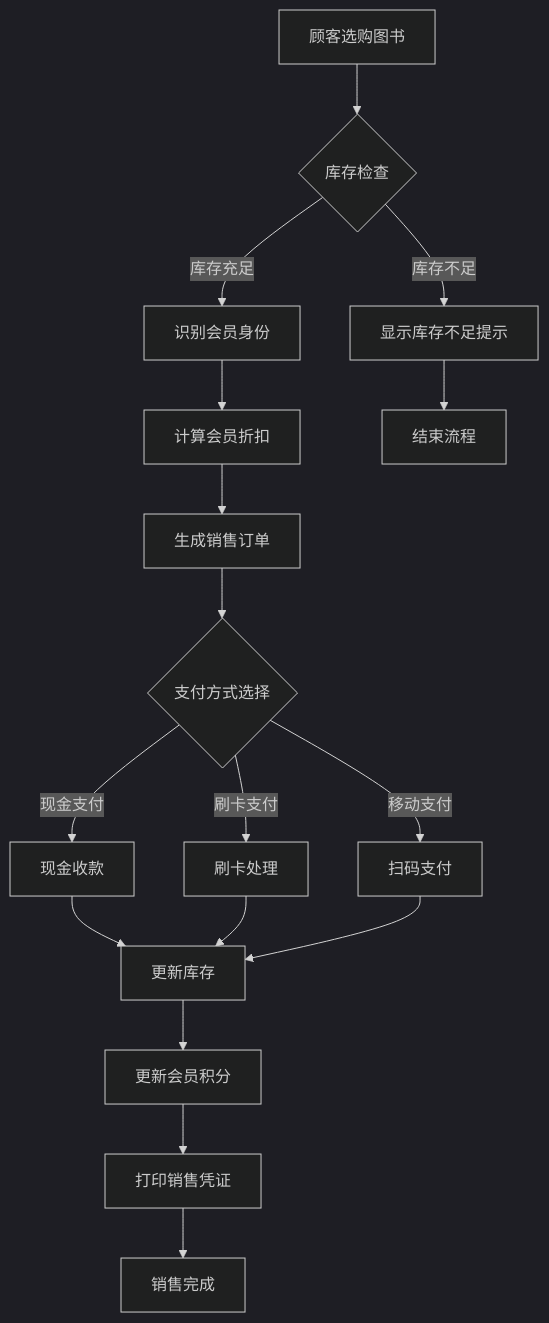
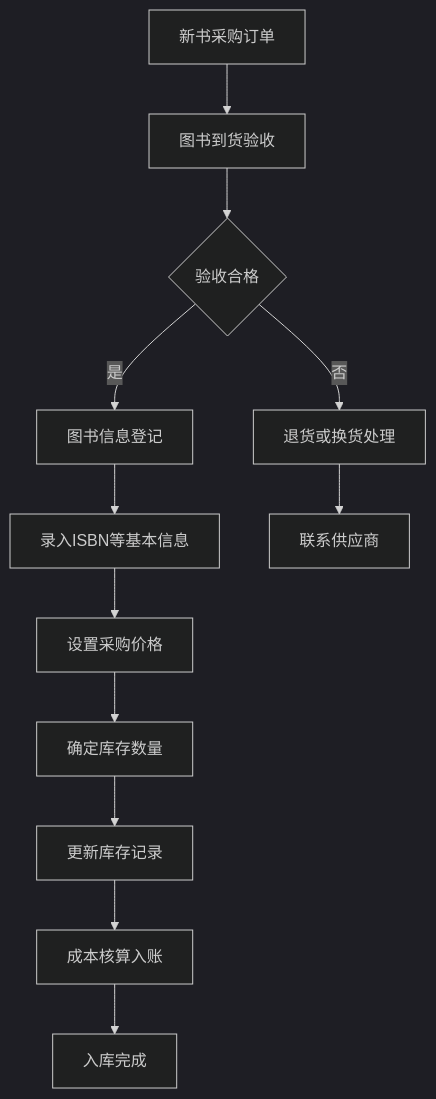
Before and after one commit to HelloMe66/iodraw-files: the diagram in all/未命名-4.md, drawn with Mermaid (dark theme).

Commit message:
2025-12-05 14:25:18 update

````diff
--- a/all/未命名-4.md
+++ b/all/未命名-4.md
@@ -1,19 +1,14 @@
 ```mermaid
-graph TD
-    A[顾客选购图书] --> B{库存检查}
-    B -->|库存充足| C[识别会员身份]
-    B -->|库存不足| D[显示库存不足提示]
-    C --> E[计算会员折扣]
-    E --> F[生成销售订单]
-    F --> G{支付方式选择}
-    G -->|现金支付| H[现金收款]
-    G -->|刷卡支付| I[刷卡处理]
-    G -->|移动支付| J[扫码支付]
-    H --> K[更新库存]
-    I --> K
-    J --> K
-    K --> L[更新会员积分]
-    L --> M[打印销售凭证]
-    M --> N[销售完成]
-    D --> O[结束流程]
+flowchart TD
+    A[新书采购订单] --> B[图书到货验收]
+    B --> C{验收合格}
+    C -->|是| D[图书信息登记]
+    C -->|否| E[退货或换货处理]
+    D --> F[录入ISBN等基本信息]
+    F --> G[设置采购价格]
+    G --> H[确定库存数量]
+    H --> I[更新库存记录]
+    I --> J[成本核算入账]
+    J --> K[入库完成]
+    E --> L[联系供应商]
 ```
````
